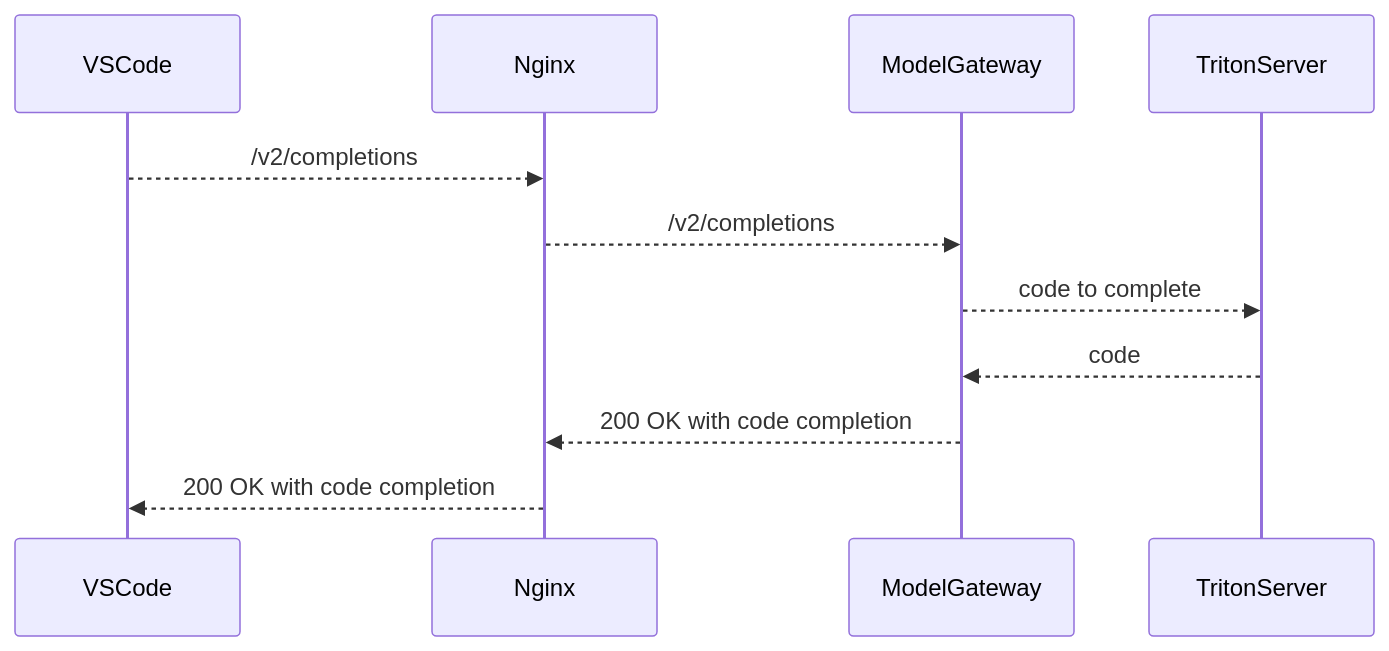
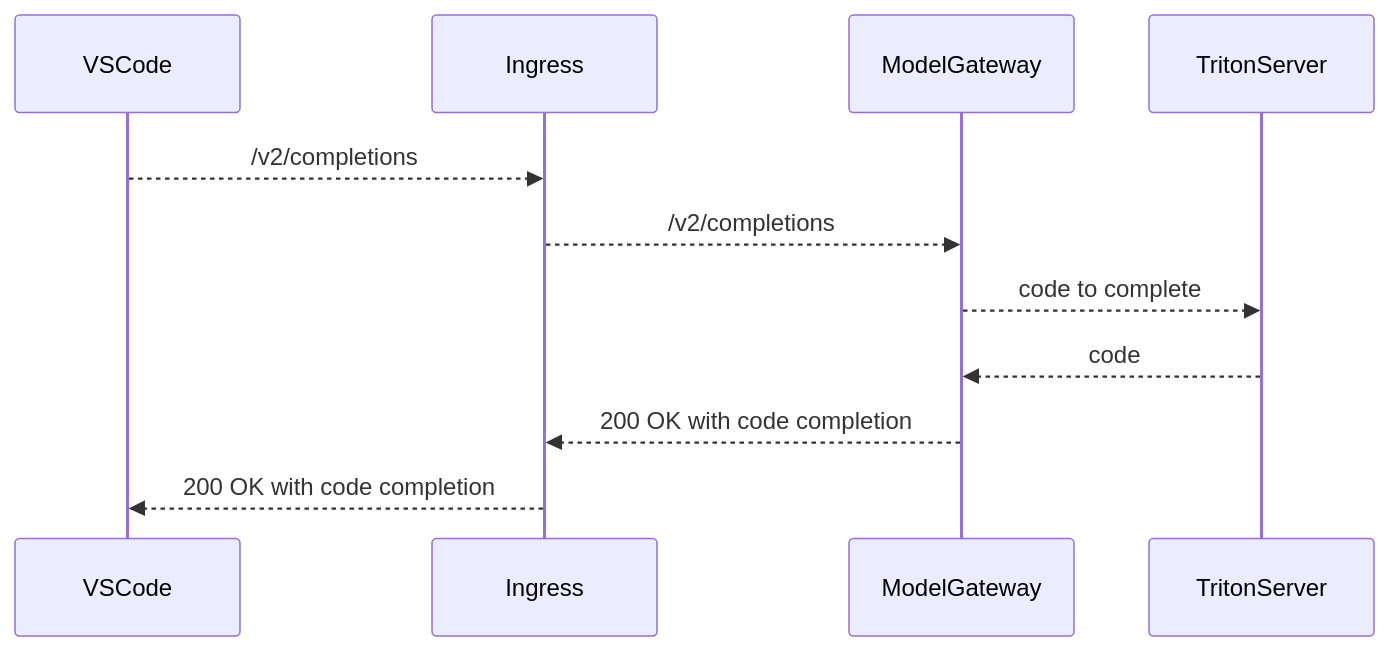
Before and after one commit to mattrussi/gitlab-com-runbooks: the diagram in docs/code_suggestions/README.md, drawn with Mermaid. The commit also changed other lines of this file and 9 other files, not shown here.

````diff
--- a/docs/code_suggestions/README.md
+++ b/docs/code_suggestions/README.md
@@ -27,9 +27,9 @@
 ```mermaid
 sequenceDiagram
-    VSCode-->>Nginx: /v2/completions
-    Nginx-->>ModelGateway: /v2/completions
+    VSCode-->>Ingress: /v2/completions
+    Ingress-->>ModelGateway: /v2/completions
     ModelGateway-->>TritonServer: code to complete
     TritonServer-->>ModelGateway: code
-    ModelGateway-->>Nginx: 200 OK with code completion
-    Nginx-->>VSCode: 200 OK with code completion
+    ModelGateway-->>Ingress: 200 OK with code completion
+    Ingress-->>VSCode: 200 OK with code completion
 ```
````
